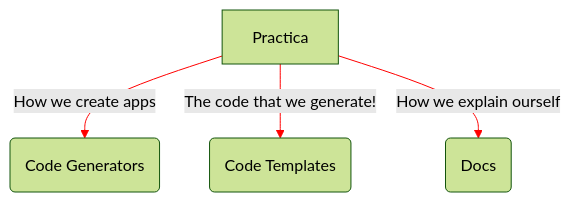
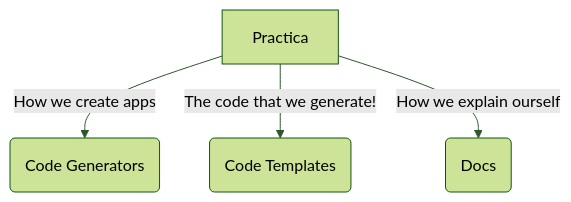
Before and after one commit to marcosmol204/practica: the first of 4 diagrams in CONTRIBUTING.md, drawn with Mermaid.

Commit message:
another test

````diff
--- a/CONTRIBUTING.md
+++ b/CONTRIBUTING.md
@@ -60,9 +60,9 @@
 ```mermaid
-%%{init: {'theme': 'forest', 'themeVariables': { 'lineColor': '#ff0000', 'primaryColor': '#ff0000', 'fontWeight': 'bold', 'fontFamily': 'comfortaa, Roboto'}}}%%
+%%{init: {'theme': 'forest', 'themeVariables': { 'lineColor': '#2d572c', 'primaryColor': '#ff0000', 'fontWeight': 'bold', 'fontFamily': 'comfortaa, Roboto'}}}%%
 graph
       A[Practica] -->|How we create apps| B(Code Generators)
       A -->|The code that we generate!| C(Code Templates)
       A -->|How we explain ourself| D(Docs)
 
 
 ```
````
